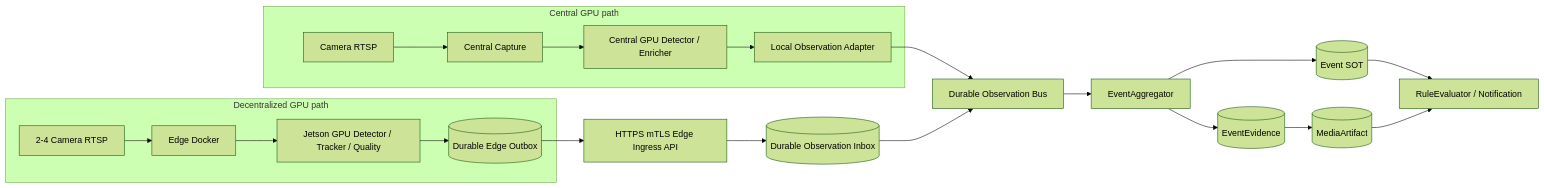
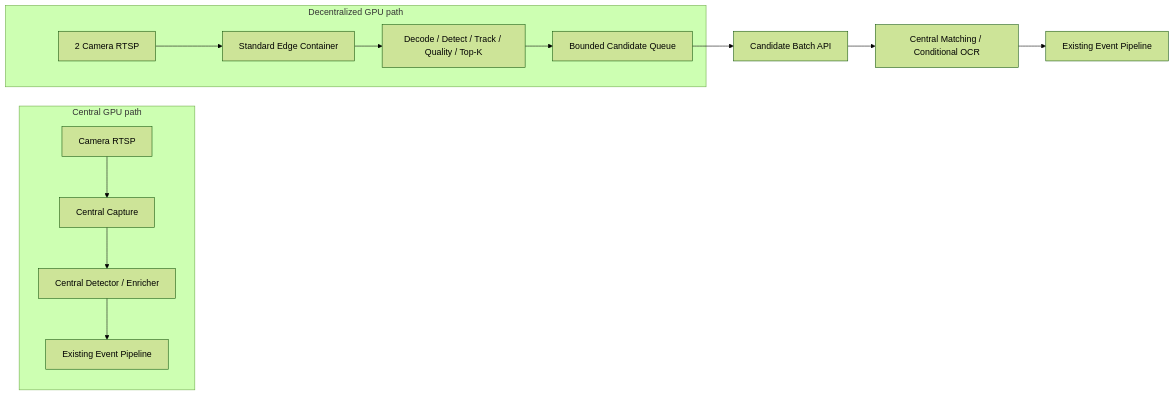
One commit to Kira7dn/ComputerVision changed the second of 2 diagrams in docs/architecture/Platform.md. Above: the diagram before and after it, drawn with Mermaid (forest theme). The commit also changed other lines of this file and 17 other files, not shown here.

````diff
--- a/docs/architecture/Platform.md
+++ b/docs/architecture/Platform.md
@@ -157,35 +120,24 @@
 ```mermaid
 flowchart LR
     subgraph CentralPath[Central GPU path]
         C1[Camera RTSP]
         CC[Central Capture]
-        CG[Central GPU Detector / Enricher]
-        CA[Local Observation Adapter]
-        C1 --> CC --> CG --> CA
+        CG[Central Detector / Enricher]
+        CO[Existing Event Pipeline]
+        C1 --> CC --> CG --> CO
     end
 
     subgraph EdgePath[Decentralized GPU path]
-        C2[2-4 Camera RTSP]
-        ED[Edge Docker]
-        EG[Jetson GPU Detector / Tracker / Quality]
-        EO[(Durable Edge Outbox)]
-        C2 --> ED --> EG --> EO
+        C2[2 Camera RTSP]
+        ED[Standard Edge Container]
+        EG[Decode / Detect / Track / Quality / Top-K]
+        EQ[Bounded Candidate Queue]
+        C2 --> ED --> EG --> EQ
     end
 
-    API[HTTPS mTLS Edge Ingress API]
-    Inbox[(Durable Observation Inbox)]
-    Bus[Durable Observation Bus]
-    Agg[EventAggregator]
-    Event[(Event SOT)]
-    Evidence[(EventEvidence)]
-    Media[(MediaArtifact)]
-    Notify[RuleEvaluator / Notification]
+    API[Candidate Batch API]
+    Enrich[Central Matching / Conditional OCR]
+    Event[Existing Event Pipeline]
 
-    CA --> Bus
-    EO --> API --> Inbox --> Bus
-    Bus --> Agg
-    Agg --> Event
-    Agg --> Evidence --> Media
-    Event --> Notify
-    Media --> Notify
+    EQ --> API --> Enrich --> Event
 ```
````
